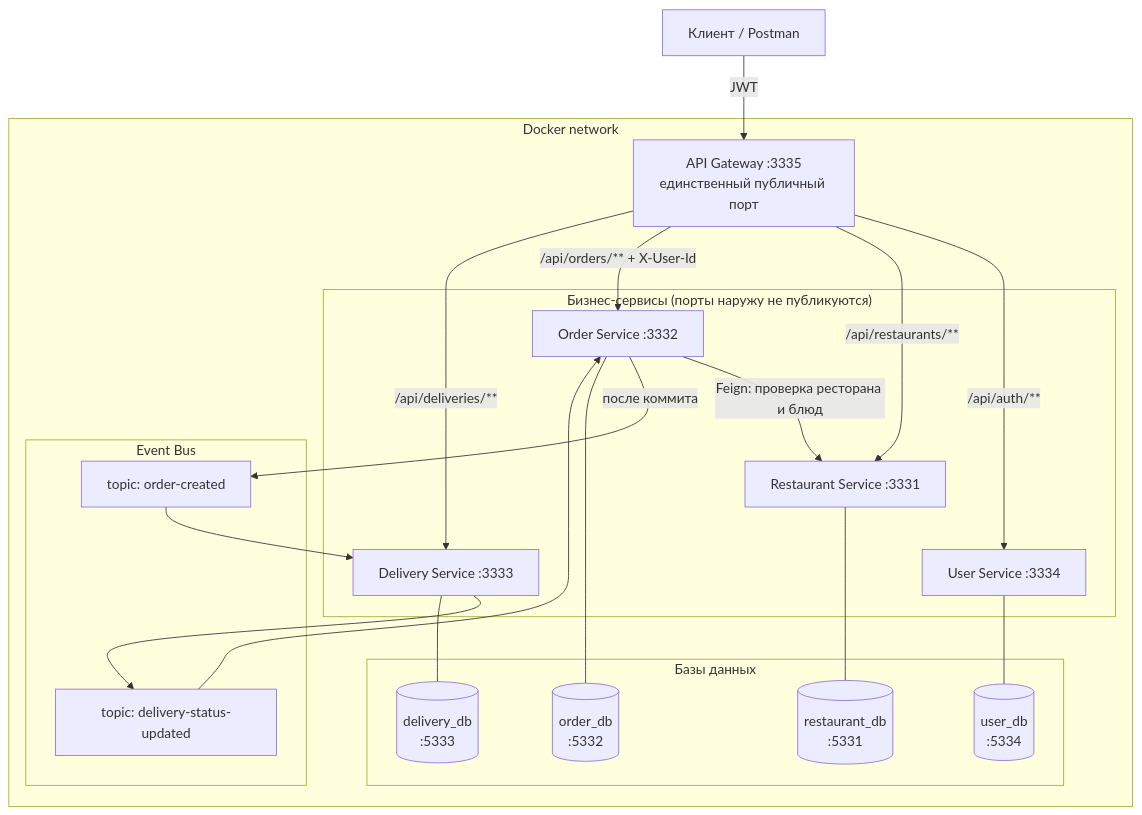
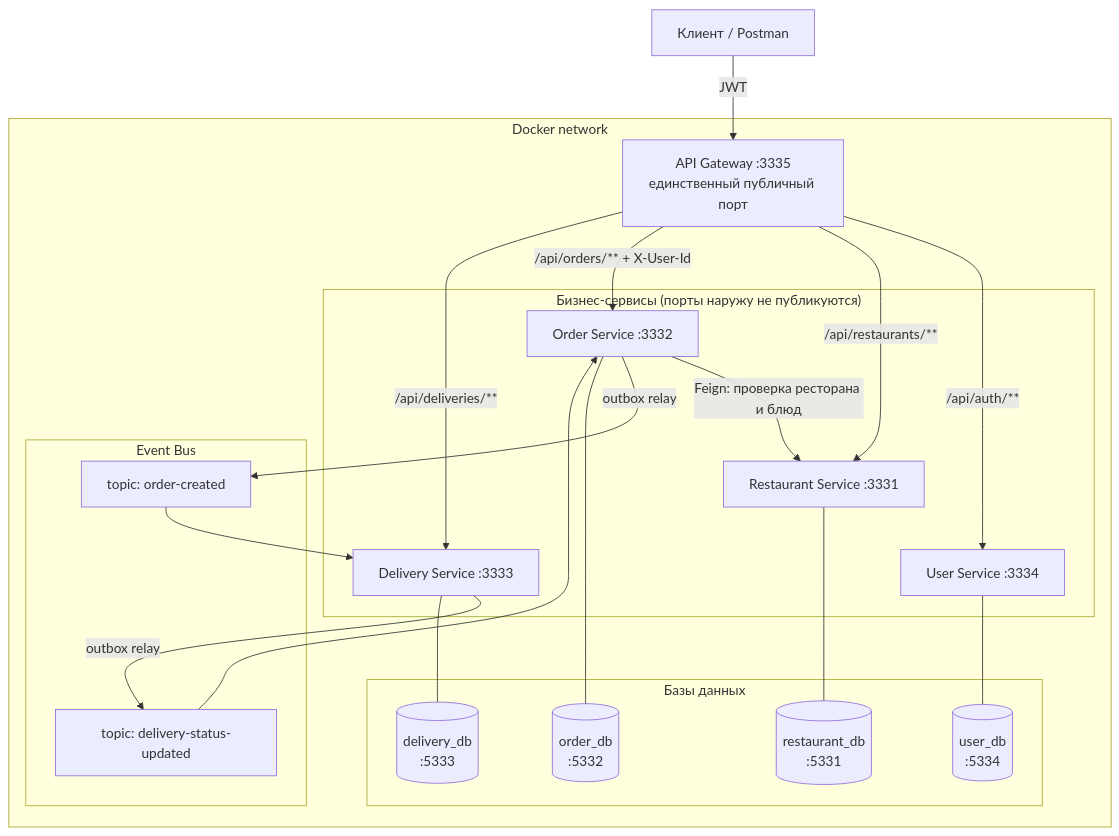
The diagram in README.md (nmaksimka/Delivery-Hub), drawn with Mermaid before and after one commit. The commit also changed other lines of this file, not shown here.

Commit message:
README: раздел про outbox и inbox

````diff
--- a/README.md
+++ b/README.md
@@ -36,44 +36,44 @@
 ```mermaid
 graph TB
     Client[Клиент / Postman]
 
     subgraph Docker["Docker network"]
         Gateway[API Gateway :3335<br/>единственный публичный порт]
 
         subgraph Services["Бизнес-сервисы (порты наружу не публикуются)"]
             Restaurant[Restaurant Service :3331]
             Order[Order Service :3332]
             Delivery[Delivery Service :3333]
             User[User Service :3334]
         end
 
         subgraph DBs["Базы данных"]
             DB1[(restaurant_db<br/>:5331)]
             DB2[(order_db<br/>:5332)]
             DB3[(delivery_db<br/>:5333)]
             DB4[(user_db<br/>:5334)]
         end
 
         subgraph Bus["Event Bus"]
             Topic1["topic: order-created"]
             Topic2["topic: delivery-status-updated"]
         end
     end
 
     Client -->|JWT| Gateway
     Gateway -->|"/api/auth/**"| User
     Gateway -->|"/api/restaurants/**"| Restaurant
     Gateway -->|"/api/orders/** + X-User-Id"| Order
     Gateway -->|"/api/deliveries/**"| Delivery
 
     Order -->|Feign: проверка ресторана и блюд| Restaurant
-    Order -->|после коммита| Topic1
+    Order -->|outbox relay| Topic1
     Topic1 --> Delivery
-    Delivery --> Topic2
+    Delivery -->|outbox relay| Topic2
     Topic2 --> Order
 
     Restaurant --- DB1
     Order --- DB2
     Delivery --- DB3
     User --- DB4
 ```
````
